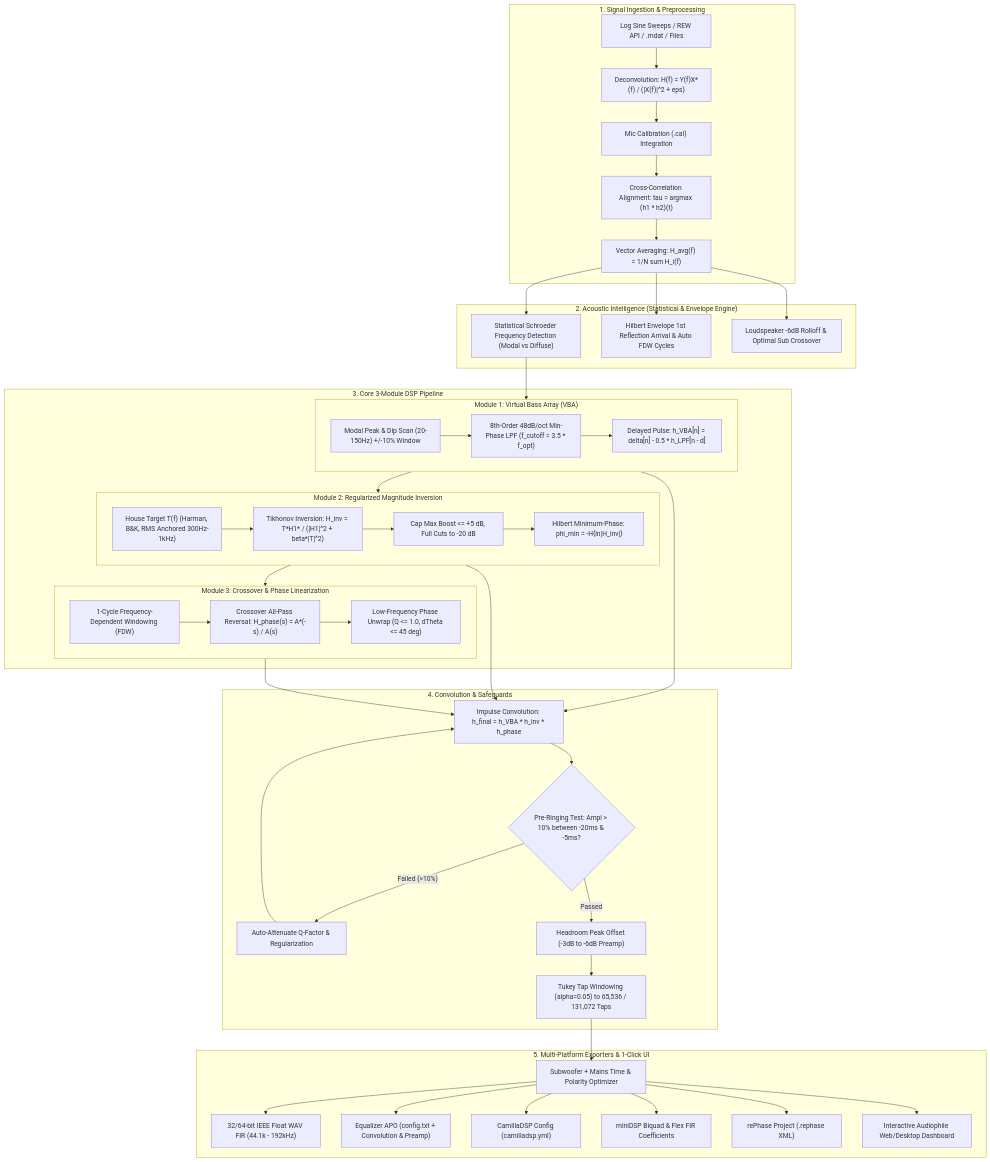
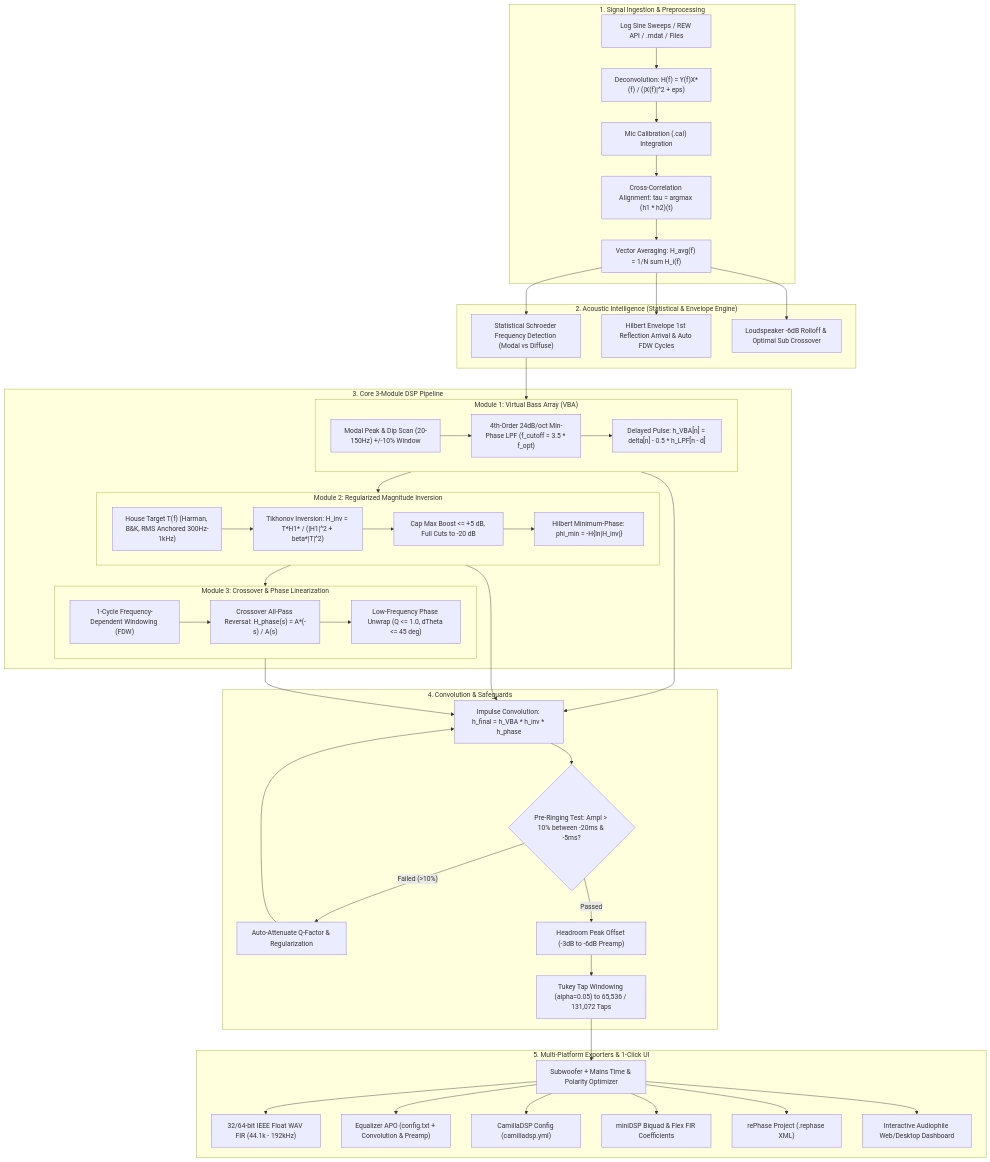
The diagram in README.md (Hungbocluaqua/ALTAIR), drawn with Mermaid before and after one commit. The commit also changed other lines of this file and 39 other files, not shown here.

````diff
--- a/README.md
+++ b/README.md
@@ -9,72 +9,72 @@
 ```mermaid
 flowchart TD
     subgraph Signal_Acquisition["1. Signal Ingestion & Preprocessing"]
         Sweeps["Log Sine Sweeps / REW API / .mdat / Files"]
         Deconv["Deconvolution: H(f) = Y(f)X*(f) / (|X(f)|^2 + eps)"]
         MicCal["Mic Calibration (.cal) Integration"]
         CrossCorr["Cross-Correlation Alignment: tau = argmax (h1 * h2)(t)"]
         VectorAvg["Vector Averaging: H_avg(f) = 1/N sum H_i(f)"]
         Sweeps --> Deconv --> MicCal --> CrossCorr --> VectorAvg
     end
 
     subgraph Acoustic_Intelligence["2. Acoustic Intelligence (Statistical & Envelope Engine)"]
         Schroeder["Statistical Schroeder Frequency Detection (Modal vs Diffuse)"]
         HilbertGap["Hilbert Envelope 1st Reflection Arrival & Auto FDW Cycles"]
         SpeakerRolloff["Loudspeaker -6dB Rolloff & Optimal Sub Crossover"]
         VectorAvg --> Schroeder & HilbertGap & SpeakerRolloff
     end
 
     subgraph Three_Filter_DSP["3. Core 3-Module DSP Pipeline"]
         subgraph Mod1["Module 1: Virtual Bass Array (VBA)"]
             ModalExtract["Modal Peak & Dip Scan (20-150Hz) +/-10% Window"]
-            LPF_Synth["8th-Order 48dB/oct Min-Phase LPF (f_cutoff = 3.5 * f_opt)"]
+            LPF_Synth["4th-Order 24dB/oct Min-Phase LPF (f_cutoff = 3.5 * f_opt)"]
             VBA_Pulse["Delayed Pulse: h_VBA[n] = delta[n] - 0.5 * h_LPF[n - d]"]
             ModalExtract --> LPF_Synth --> VBA_Pulse
         end
 
         subgraph Mod2["Module 2: Regularized Magnitude Inversion"]
             TargetCurve["House Target T(f) (Harman, B&K, RMS Anchored 300Hz-1kHz)"]
             Tikhonov["Tikhonov Inversion: H_inv = T*H1* / (|H1|^2 + beta*|T|^2)"]
             BoostCap["Cap Max Boost <= +5 dB, Full Cuts to -20 dB"]
             HilbertMin["Hilbert Minimum-Phase: phi_min = -H{ln|H_inv|}"]
             TargetCurve --> Tikhonov --> BoostCap --> HilbertMin
         end
 
         subgraph Mod3["Module 3: Crossover & Phase Linearization"]
             FDW_1Cycle["1-Cycle Frequency-Dependent Windowing (FDW)"]
             CrossoverAP["Crossover All-Pass Reversal: H_phase(s) = A*(-s) / A(s)"]
             LowQ_Unwrap["Low-Frequency Phase Unwrap (Q <= 1.0, dTheta <= 45 deg)"]
             FDW_1Cycle --> CrossoverAP --> LowQ_Unwrap
         end
 
         Schroeder --> Mod1
         Mod1 --> Mod2
         Mod2 --> Mod3
     end
 
     subgraph Safeguards_Convolve["4. Convolution & Safeguards"]
         Convolution["Impulse Convolution: h_final = h_VBA * h_inv * h_phase"]
         PreRingingGuard{"Pre-Ringing Test: Ampl > 10% between -20ms & -5ms?"}
         AttenuateQ["Auto-Attenuate Q-Factor & Regularization"]
         HeadroomCheck["Headroom Peak Offset (-3dB to -6dB Preamp)"]
         TukeyWindow["Tukey Tap Windowing (alpha=0.05) to 65,536 / 131,072 Taps"]
 
         Mod1 & Mod2 & Mod3 --> Convolution
         Convolution --> PreRingingGuard
         PreRingingGuard -- "Failed (>10%)" --> AttenuateQ --> Convolution
         PreRingingGuard -- "Passed" --> HeadroomCheck --> TukeyWindow
     end
 
     subgraph Exporters_UI["5. Multi-Platform Exporters & 1-Click UI"]
         SubAlign["Subwoofer + Mains Time & Polarity Optimizer"]
         WAV_IR["32/64-bit IEEE Float WAV FIR (44.1k - 192kHz)"]
         EqAPO_Cfg["Equalizer APO (config.txt + Convolution & Preamp)"]
         Camilla_YML["CamillaDSP Config (camilladsp.yml)"]
         MiniDSP_Txt["miniDSP Biquad & Flex FIR Coefficients"]
         RePhase_XML["rePhase Project (.rephase XML)"]
         WebDashboard["Interactive Audiophile Web/Desktop Dashboard"]
 
         TukeyWindow --> SubAlign
         SubAlign --> WAV_IR & EqAPO_Cfg & Camilla_YML & MiniDSP_Txt & RePhase_XML & WebDashboard
     end
 ```
````
